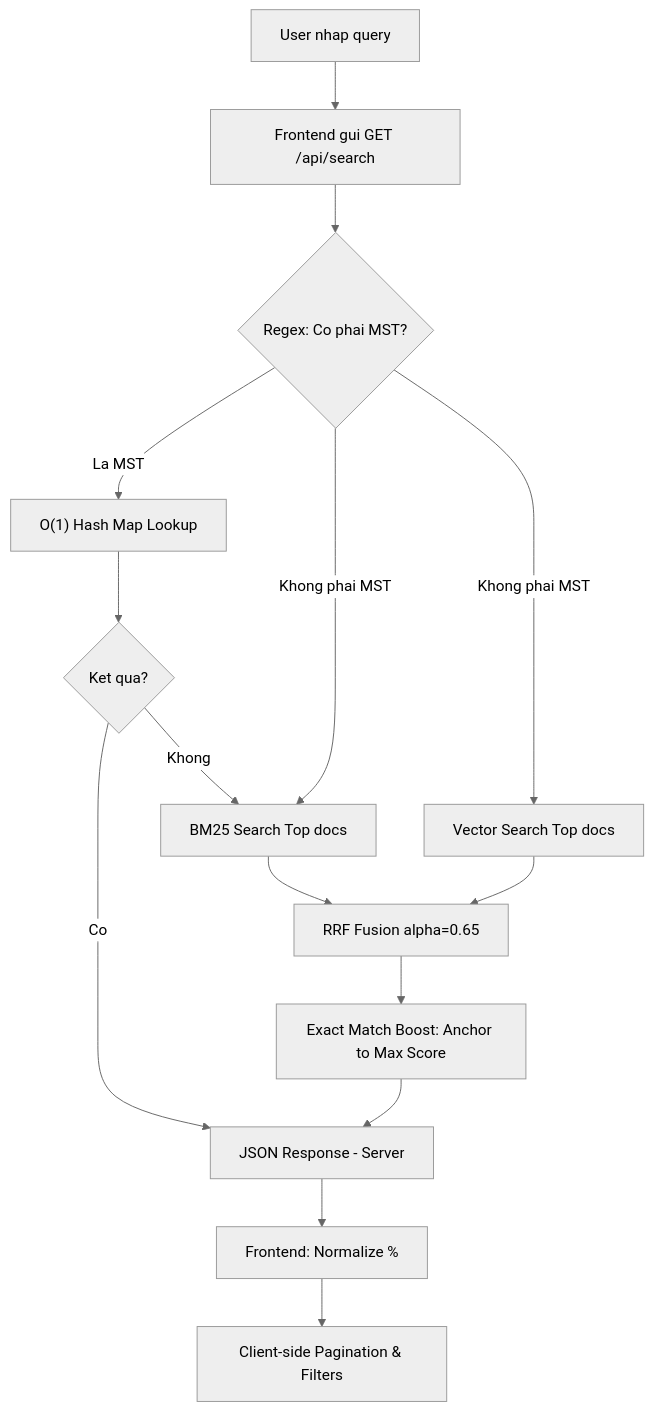
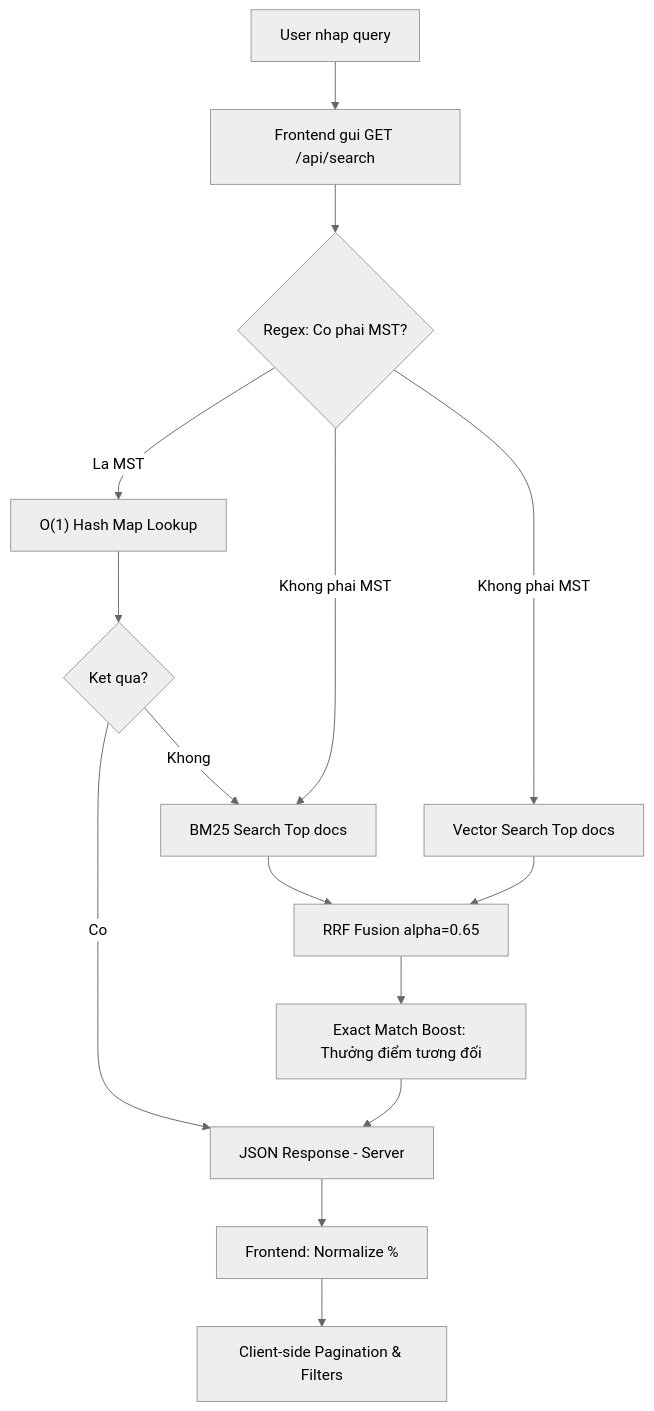
Before and after one commit to SEG301/OverFitting: the second of 3 diagrams in docs/Milestone3_Report.md, drawn with Mermaid (neutral theme). The commit also changed other lines of this file, not shown here.

Commit message:
Simplify exact match terminology in docs: Adaptive Boost

````diff
--- a/docs/Milestone3_Report.md
+++ b/docs/Milestone3_Report.md
@@ -74,22 +74,22 @@
 ```mermaid
 flowchart TD
     A[User nhap query] --> B[Frontend gui GET /api/search]
     B --> C{Regex: Co phai MST?}
 
     C -- La MST --> D["O(1) Hash Map Lookup"]
     D --> E{Ket qua?}
     E -- Co --> K[JSON Response - Server]
     E -- Khong --> F
 
     C -- Khong phai MST --> F[BM25 Search Top docs]
     C -- Khong phai MST --> G[Vector Search Top docs]
 
     F --> H[RRF Fusion alpha=0.65]
     G --> H
 
-    H --> I[Exact Match Boost: Anchor to Max Score]
+    H --> I[Exact Match Boost: Thưởng điểm tương đối]
     I --> K
     
     K --> J[Frontend: Normalize %]
     J --> L[Client-side Pagination & Filters]
 ```
````
